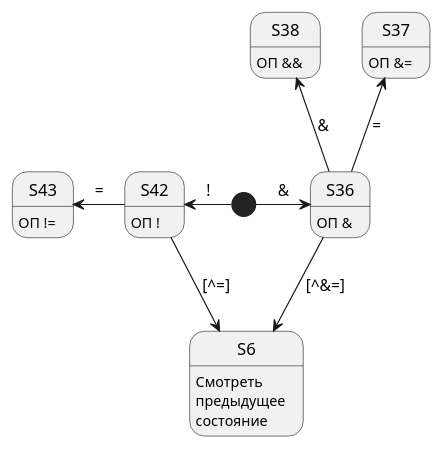
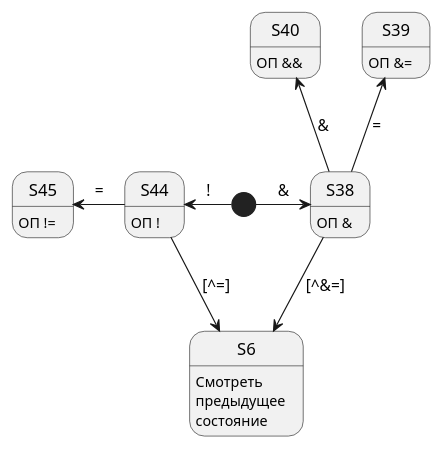
One commit to vladimirlll/CSharpLexicalAnalyzer changed the diagram in Диаграмма состояния для ЛА/sd5.puml. Above: the diagram before and after it, drawn with PlantUML. The commit also changed 24 other files, not shown here.

Commit message:
Диаграмма состояний изменена, переходы изменены. Работает нормально на коде анализатора

```diff
--- a/Диаграмма состояния для ЛА/sd5.puml
+++ b/Диаграмма состояния для ЛА/sd5.puml
@@ -1,19 +1,19 @@
 @startuml "sd5"
 
-[*] -right-> S36 : &
-S36 -up-> S37 : =
-S36 -up-> S38 : &
-S37 : ОП &=
-S36 : ОП &
-S38 : ОП &&
-S36 -down-> S6 : [^&=]
+[*] -right-> S38 : &
+S38 -up-> S39 : =
+S38 -up-> S40 : &
+S39 : ОП &=
+S38 : ОП &
+S40 : ОП &&
+S38 -down-> S6 : [^&=]
 
-[*] -left-> S42 : !
-S42 -left-> S43 : =
-S43 : ОП !=
-S42 : ОП !
-S42 -down-> S6 : [^=]
+[*] -left-> S44 : !
+S44 -left-> S45 : =
+S45 : ОП !=
+S44 : ОП !
+S44 -down-> S6 : [^=]
 
 S6 : Смотреть\nпредыдущее\nсостояние
 
 @enduml
```
